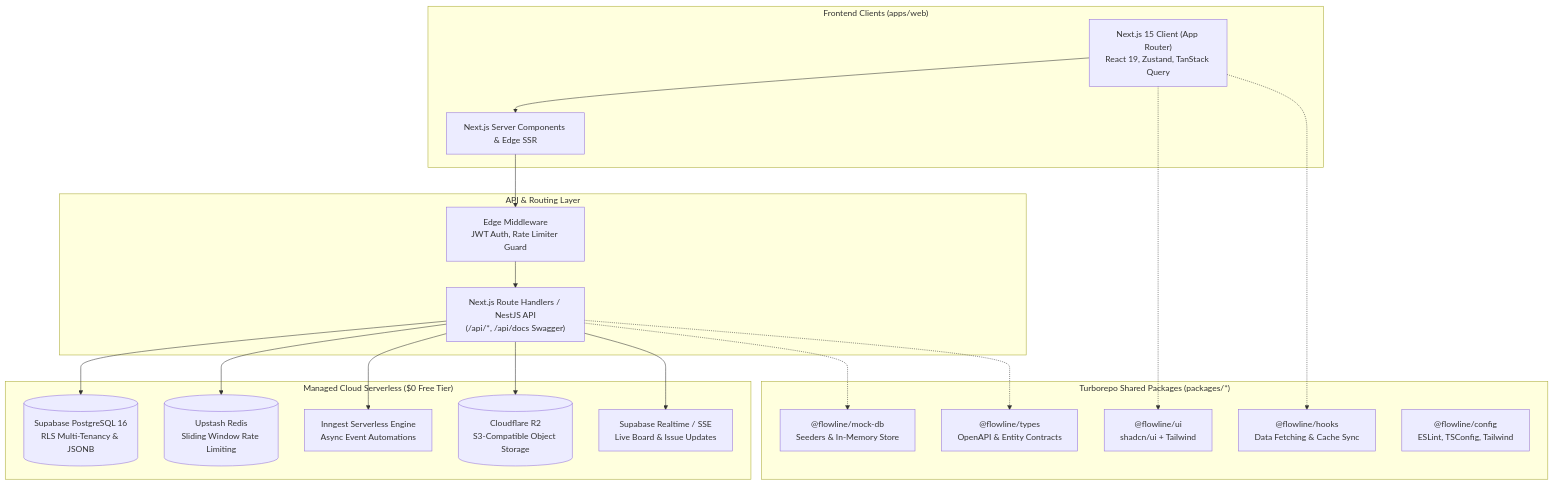
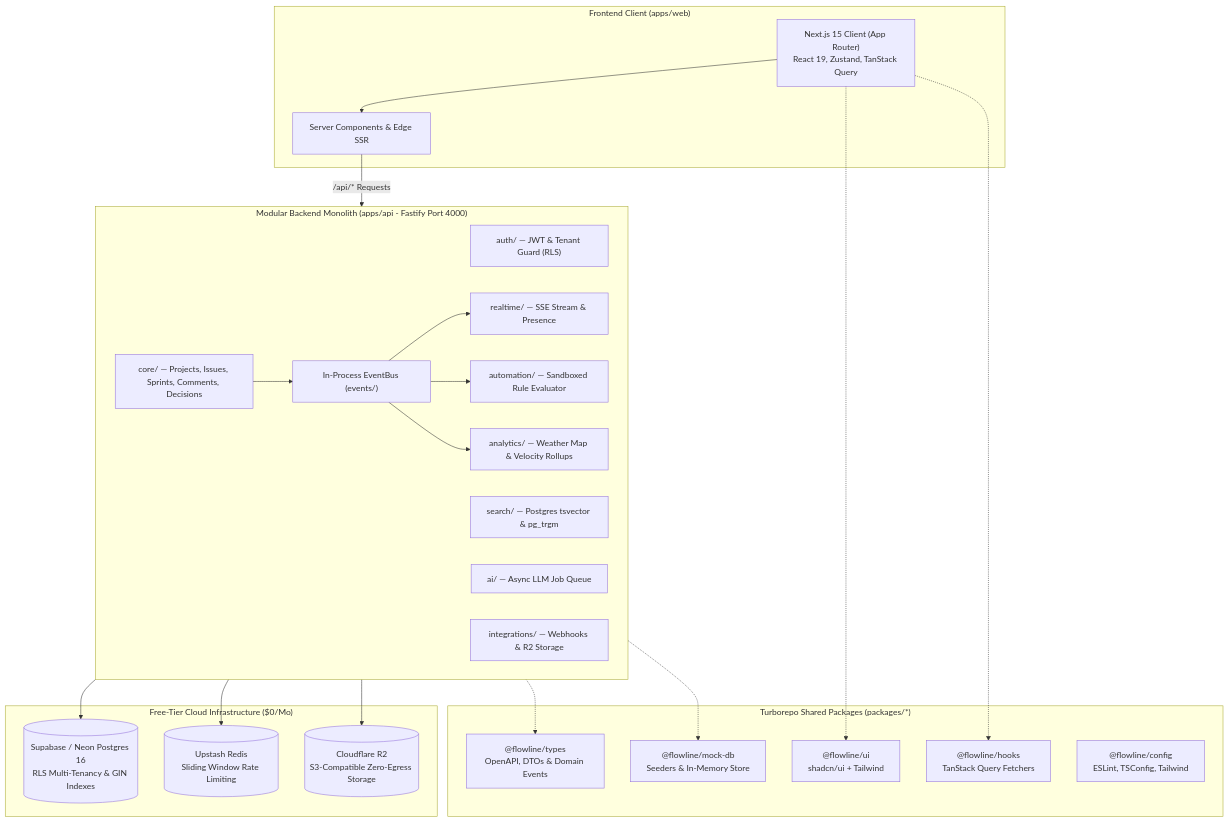
Before and after one commit to anirban-629/uniqueprojmang: the diagram in docs/architecture/system-overview.md, drawn with Mermaid. The commit also changed other lines of this file and 33 other files, not shown here.

Commit message:
[FEAT](api): implement modular monolith architecture with 8 bounded domains and in-process event bus

````diff
--- a/docs/architecture/system-overview.md
+++ b/docs/architecture/system-overview.md
@@ -5,42 +5,49 @@
 ```mermaid
 flowchart TB
-    subgraph Clients["Frontend Clients (apps/web)"]
+    subgraph Clients["Frontend Client (apps/web)"]
         Browser["Next.js 15 Client (App Router)<br/>React 19, Zustand, TanStack Query"]
-        SSR["Next.js Server Components & Edge SSR"]
+        SSR["Server Components & Edge SSR"]
     end
 
-    subgraph API["API & Routing Layer"]
-        Middleware["Edge Middleware<br/>JWT Auth, Rate Limiter Guard"]
-        RouteHandlers["Next.js Route Handlers / NestJS API<br/>(/api/*, /api/docs Swagger)"]
+    subgraph BackendMonolith["Modular Backend Monolith (apps/api - Fastify Port 4000)"]
+        Auth["auth/ — JWT & Tenant Guard (RLS)"]
+        Core["core/ — Projects, Issues, Sprints, Comments, Decisions"]
+        Search["search/ — Postgres tsvector & pg_trgm"]
+        Realtime["realtime/ — SSE Stream & Presence"]
+        Auto["automation/ — Sandboxed Rule Evaluator"]
+        AI["ai/ — Async LLM Job Queue"]
+        Integrations["integrations/ — Webhooks & R2 Storage"]
+        Analytics["analytics/ — Weather Map & Velocity Rollups"]
+        EventBus["In-Process EventBus (events/)"]
     end
 
-    subgraph DataServices["Managed Cloud Serverless ($0 Free Tier)"]
-        Postgres[(Supabase PostgreSQL 16<br/>RLS Multi-Tenancy & JSONB)]
+    subgraph DataServices["Free-Tier Cloud Infrastructure ($0/Mo)"]
+        Postgres[(Supabase / Neon Postgres 16<br/>RLS Multi-Tenancy & GIN Indexes)]
         Redis[(Upstash Redis<br/>Sliding Window Rate Limiting)]
-        Jobs[Inngest Serverless Engine<br/>Async Event Automations]
-        Storage[(Cloudflare R2<br/>S3-Compatible Object Storage)]
-        Realtime[Supabase Realtime / SSE<br/>Live Board & Issue Updates]
+        Storage[(Cloudflare R2<br/>S3-Compatible Zero-Egress Storage)]
     end
 
     subgraph SharedPackages["Turborepo Shared Packages (packages/*)"]
         UI["@flowline/ui<br/>shadcn/ui + Tailwind"]
-        Types["@flowline/types<br/>OpenAPI & Entity Contracts"]
-        Hooks["@flowline/hooks<br/>Data Fetching & Cache Sync"]
+        Types["@flowline/types<br/>OpenAPI, DTOs & Domain Events"]
+        Hooks["@flowline/hooks<br/>TanStack Query Fetchers"]
         MockDB["@flowline/mock-db<br/>Seeders & In-Memory Store"]
         Config["@flowline/config<br/>ESLint, TSConfig, Tailwind"]
     end
 
     Browser --> SSR
-    SSR --> Middleware
-    Middleware --> RouteHandlers
-    RouteHandlers --> Postgres
-    RouteHandlers --> Redis
-    RouteHandlers --> Jobs
-    RouteHandlers --> Storage
-    RouteHandlers --> Realtime
+    SSR -->|/api/* Requests| BackendMonolith
+    Core --> EventBus
+    EventBus --> Realtime
+    EventBus --> Auto
+    EventBus --> Analytics
+
+    BackendMonolith --> Postgres
+    BackendMonolith --> Redis
+    BackendMonolith --> Storage
 
     Browser -.-> UI
     Browser -.-> Hooks
-    RouteHandlers -.-> MockDB
-    RouteHandlers -.-> Types
+    BackendMonolith -.-> Types
+    BackendMonolith -.-> MockDB
 ```
````
